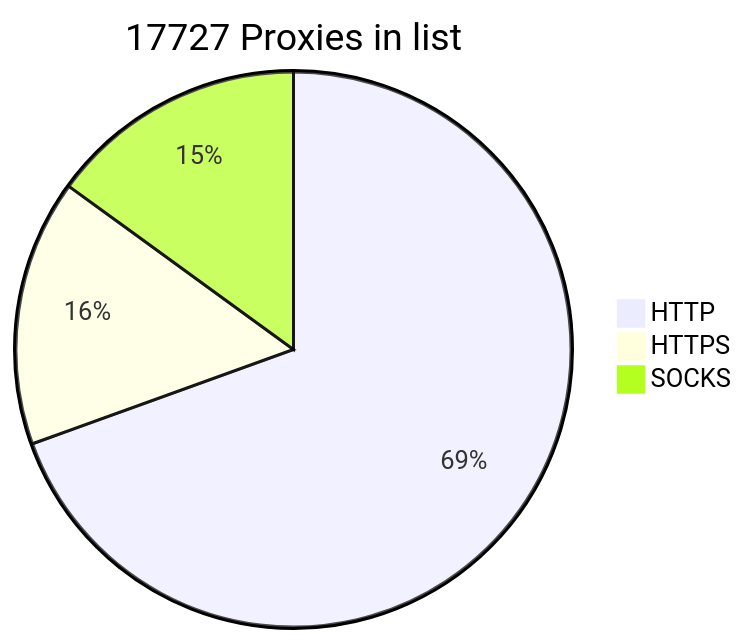
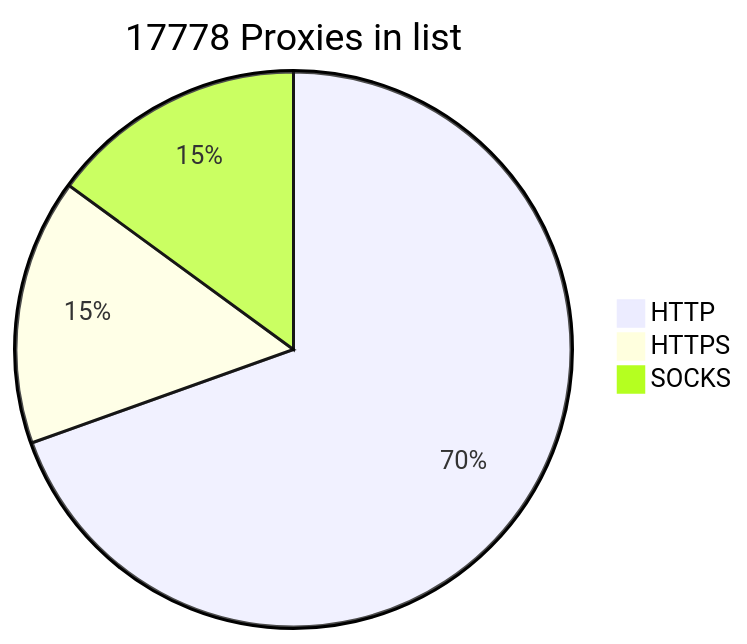
The diagram in README.md (BlackSnowDot/proxylist-update-every-minute), drawn with Mermaid before and after one commit.

````diff
--- a/README.md
+++ b/README.md
@@ -2,6 +2,6 @@
 ```mermaid
-pie title 17727 Proxies in list
-    "HTTP" : 13269
-    "HTTPS": 2963
+pie title 17778 Proxies in list
+    "HTTP" : 13317
+    "HTTPS": 2968
     "SOCKS" : 2864
 ```
````
